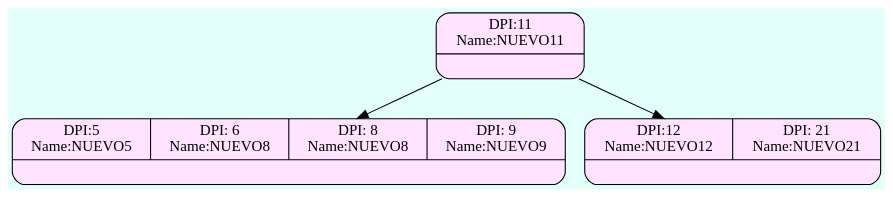
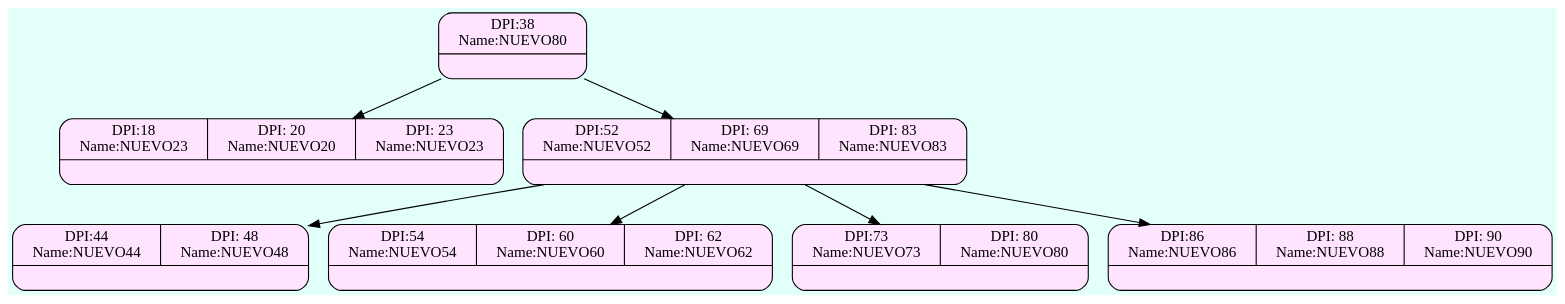
Before and after one commit to Serch-ING/EDD_UDRAWING_202000119: the diagram in FASE 2/Grafico/Admin_Btree_Clients.dot, drawn with Graphviz. The commit also changed 4 other files, not shown here.

```diff
--- a/FASE 2/Grafico/Admin_Btree_Clients.dot
+++ b/FASE 2/Grafico/Admin_Btree_Clients.dot
@@ -1,10 +1,18 @@
 digraph structs {
   bgcolor = "#E3FFFA"
  node [shape=Mrecord fillcolor="#FFE3FF" style =filled];
-struct892251773[label="{{DPI:11\nName:NUEVO11}|<here>}"];
-struct78236345[label="{{DPI:5\nName:NUEVO5|DPI: 6\nName:NUEVO8|DPI: 8\nName:NUEVO8|DPI: 9\nName:NUEVO9}|<here>}"];
-struct1172716772[label="{{DPI:12\nName:NUEVO12|DPI: 21\nName:NUEVO21}|<here>}"];
+struct1377033838[label="{{DPI:38\nName:NUEVO80}|<here>}"];
+struct1890947832[label="{{DPI:18\nName:NUEVO23|DPI: 20\nName:NUEVO20|DPI: 23\nName:NUEVO23}|<here>}"];
+struct1221991561[label="{{DPI:52\nName:NUEVO52|DPI: 69\nName:NUEVO69|DPI: 83\nName:NUEVO83}|<here>}"];
+struct844057639[label="{{DPI:44\nName:NUEVO44|DPI: 48\nName:NUEVO48}|<here>}"];
+struct1347949463[label="{{DPI:54\nName:NUEVO54|DPI: 60\nName:NUEVO60|DPI: 62\nName:NUEVO62}|<here>}"];
+struct484525418[label="{{DPI:73\nName:NUEVO73|DPI: 80\nName:NUEVO80}|<here>}"];
+struct2132426047[label="{{DPI:86\nName:NUEVO86|DPI: 88\nName:NUEVO88|DPI: 90\nName:NUEVO90}|<here>}"];
 
-struct892251773->struct78236345;
-struct892251773->struct1172716772;
+struct1377033838->struct1890947832;
+struct1377033838->struct1221991561;
+struct1221991561->struct844057639;
+struct1221991561->struct1347949463;
+struct1221991561->struct484525418;
+struct1221991561->struct2132426047;
 }
```
